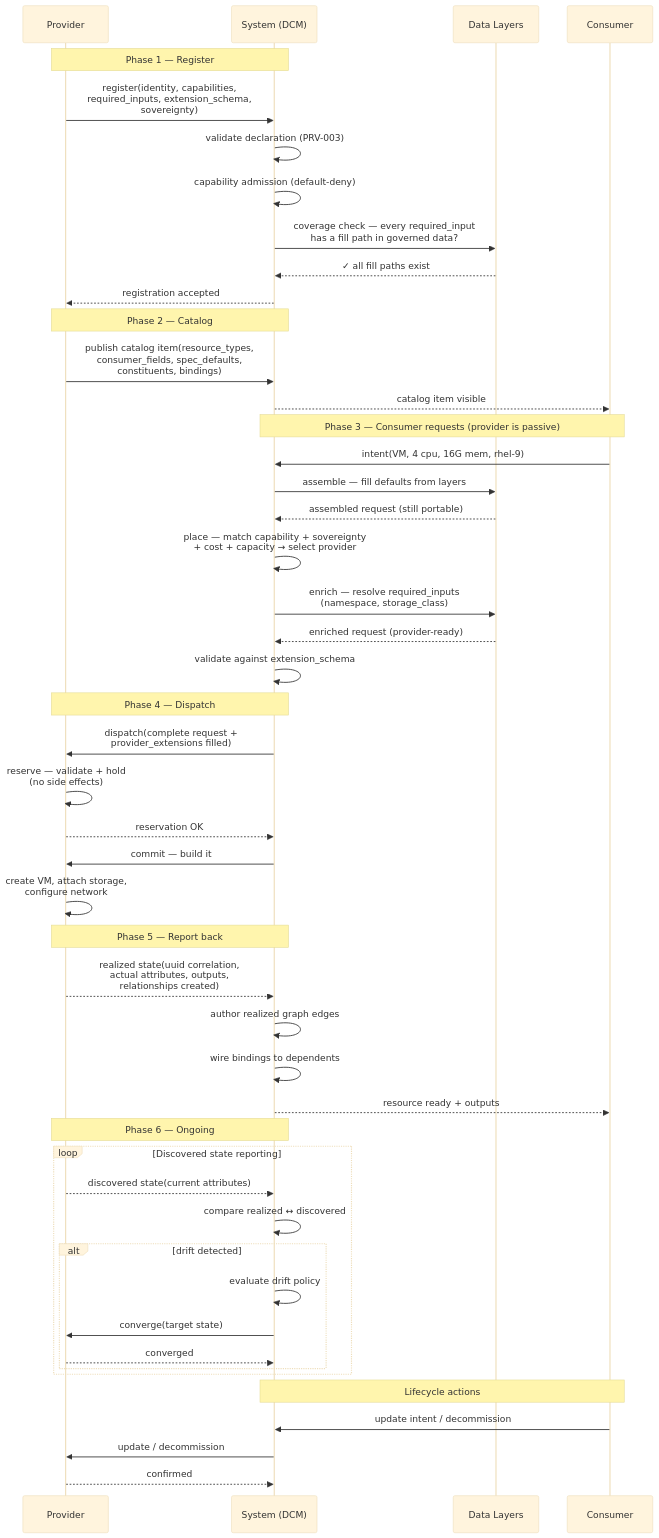
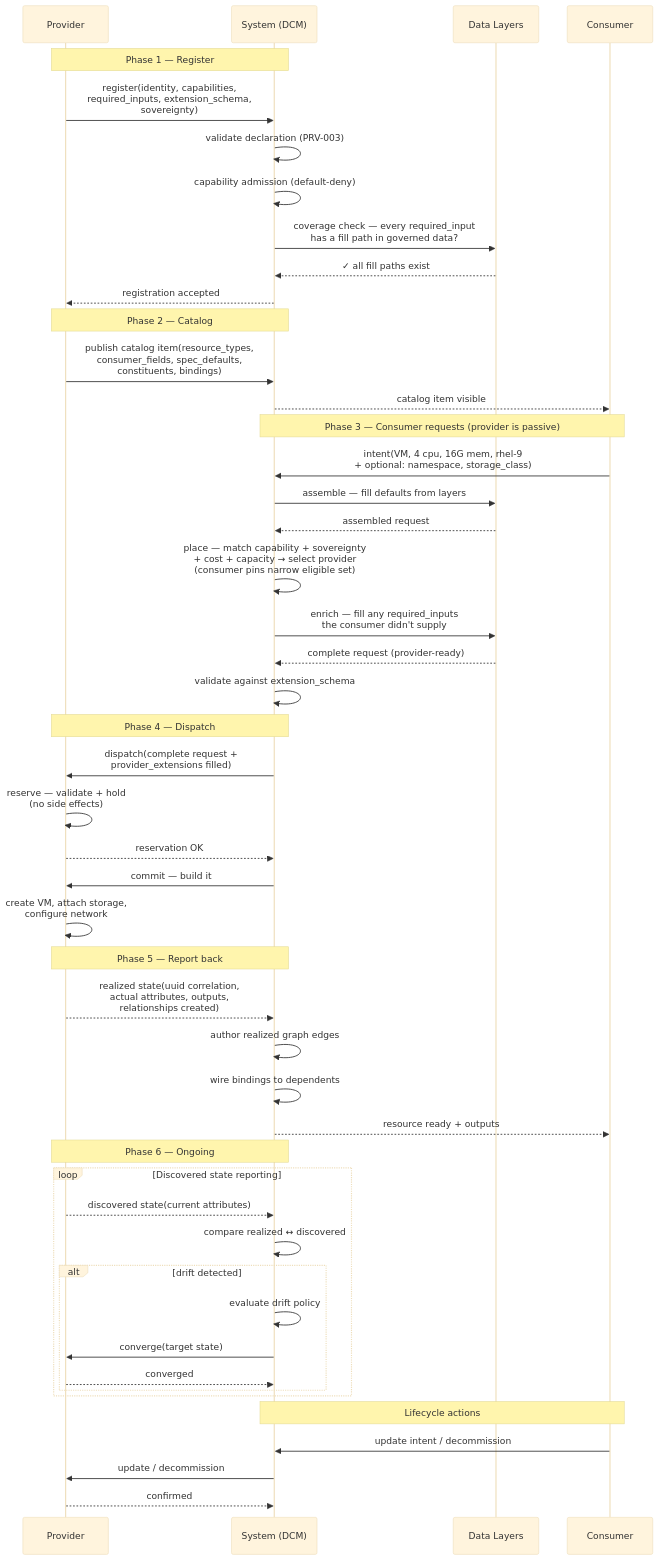
Before and after one commit to dcm-project/udlm: the second of 2 diagrams in docs/flows/provider-lifecycle.md, drawn with Mermaid (base theme). The commit also changed other lines of this file, not shown here.

First line of the commit message:
fix(flows): consumer MAY specify provider-specific fields at intent

````diff
--- a/docs/flows/provider-lifecycle.md
+++ b/docs/flows/provider-lifecycle.md
@@ -32,57 +32,57 @@
 ```mermaid
 sequenceDiagram
     participant P as Provider
     participant S as System (DCM)
     participant L as Data Layers
     participant C as Consumer
 
     Note over P,S: Phase 1 — Register
     P->>S: register(identity, capabilities,<br/>required_inputs, extension_schema,<br/>sovereignty)
     S->>S: validate declaration (PRV-003)
     S->>S: capability admission (default-deny)
     S->>L: coverage check — every required_input<br/>has a fill path in governed data?
     L-->>S: ✓ all fill paths exist
     S-->>P: registration accepted
 
     Note over P,S: Phase 2 — Catalog
     P->>S: publish catalog item(resource_types,<br/>consumer_fields, spec_defaults,<br/>constituents, bindings)
     S-->>C: catalog item visible
 
     Note over C,S: Phase 3 — Consumer requests (provider is passive)
-    C->>S: intent(VM, 4 cpu, 16G mem, rhel-9)
+    C->>S: intent(VM, 4 cpu, 16G mem, rhel-9<br/>+ optional: namespace, storage_class)
     S->>L: assemble — fill defaults from layers
-    L-->>S: assembled request (still portable)
-    S->>S: place — match capability + sovereignty<br/>+ cost + capacity → select provider
-    S->>L: enrich — resolve required_inputs<br/>(namespace, storage_class)
-    L-->>S: enriched request (provider-ready)
+    L-->>S: assembled request
+    S->>S: place — match capability + sovereignty<br/>+ cost + capacity → select provider<br/>(consumer pins narrow eligible set)
+    S->>L: enrich — fill any required_inputs<br/>the consumer didn't supply
+    L-->>S: complete request (provider-ready)
     S->>S: validate against extension_schema
 
     Note over P,S: Phase 4 — Dispatch
     S->>P: dispatch(complete request +<br/>provider_extensions filled)
     P->>P: reserve — validate + hold<br/>(no side effects)
     P-->>S: reservation OK
     S->>P: commit — build it
     P->>P: create VM, attach storage,<br/>configure network
 
     Note over P,S: Phase 5 — Report back
     P-->>S: realized state(uuid correlation,<br/>actual attributes, outputs,<br/>relationships created)
     S->>S: author realized graph edges
     S->>S: wire bindings to dependents
     S-->>C: resource ready + outputs
 
     Note over P,S: Phase 6 — Ongoing
     loop Discovered state reporting
         P-->>S: discovered state(current attributes)
         S->>S: compare realized ↔ discovered
         alt drift detected
             S->>S: evaluate drift policy
             S->>P: converge(target state)
             P-->>S: converged
         end
     end
 
     Note over C,S: Lifecycle actions
     C->>S: update intent / decommission
     S->>P: update / decommission
     P-->>S: confirmed
 ```
````
